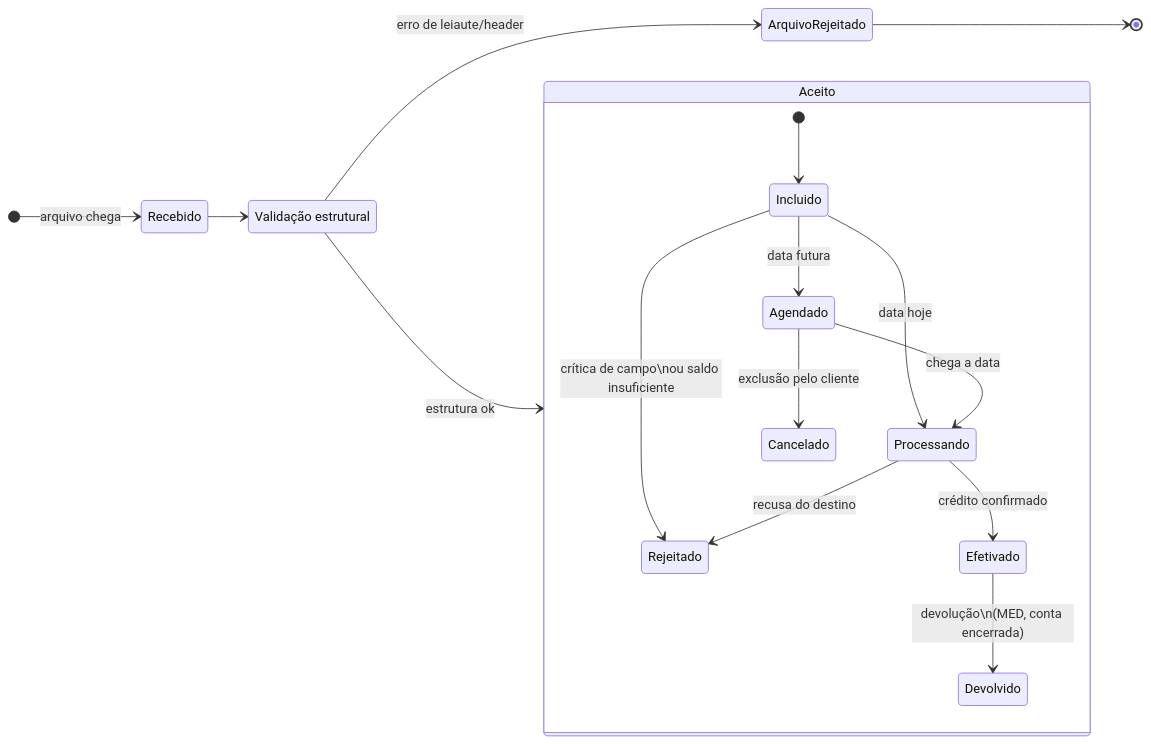
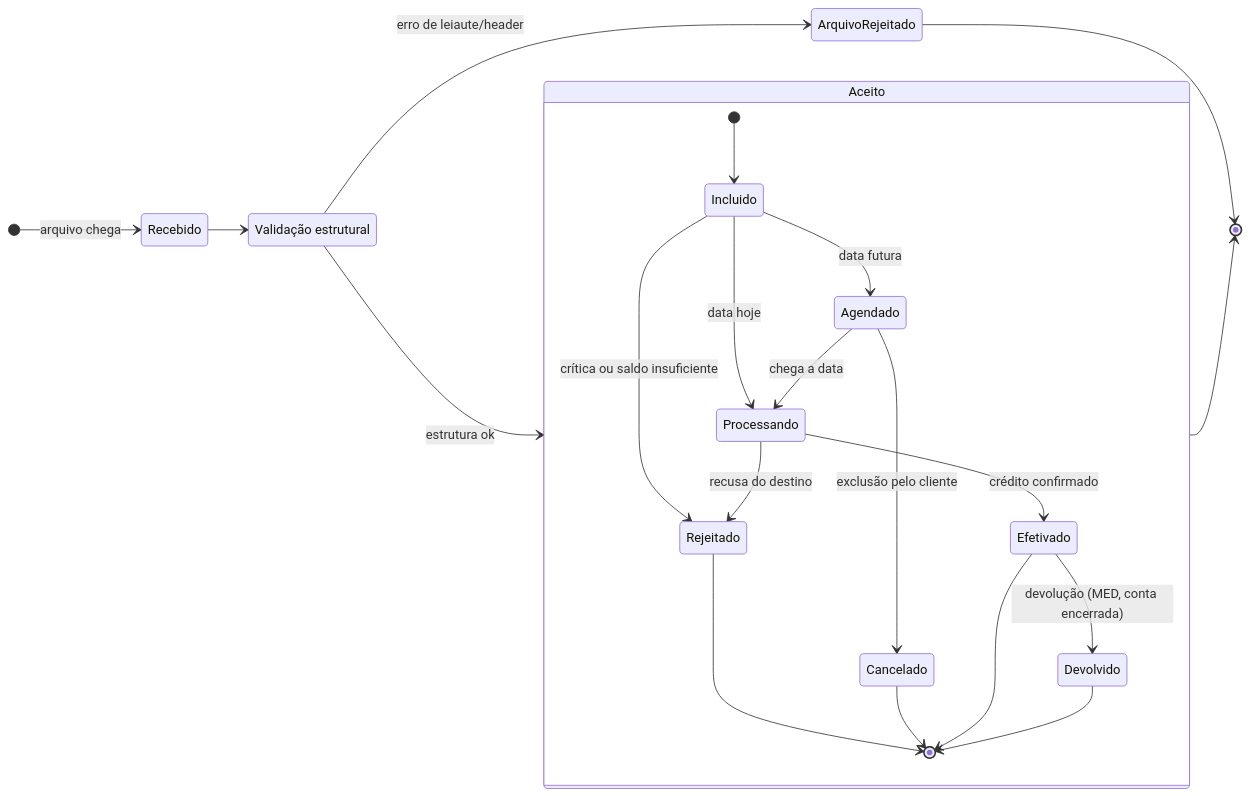
Diagram 11 of 23 in apostila-sistema-financeiro-brasileiro-dev.md (danielbfr3/sobre_aws), drawn with Mermaid before and after one commit. The commit also changed other lines of this file, not shown here.

````diff
--- a/apostila-sistema-financeiro-brasileiro-dev.md
+++ b/apostila-sistema-financeiro-brasileiro-dev.md
@@ -1291,24 +1945,30 @@
 ```mermaid
 stateDiagram-v2
     direction LR
     [*] --> Recebido: arquivo chega
 
     state "Validação estrutural" as VAL
     Recebido --> VAL
     VAL --> ArquivoRejeitado: erro de leiaute/header
     VAL --> Aceito: estrutura ok
 
     state Aceito {
         [*] --> Incluido
-        Incluido --> Rejeitado: crítica de campo\nou saldo insuficiente
+        Incluido --> Rejeitado: crítica ou saldo insuficiente
         Incluido --> Agendado: data futura
         Incluido --> Processando: data hoje
         Agendado --> Processando: chega a data
         Agendado --> Cancelado: exclusão pelo cliente
         Processando --> Efetivado: crédito confirmado
         Processando --> Rejeitado: recusa do destino
-        Efetivado --> Devolvido: devolução\n(MED, conta encerrada)
+        Efetivado --> Devolvido: devolução (MED, conta encerrada)
+
+        Rejeitado --> [*]
+        Cancelado --> [*]
+        Efetivado --> [*]
+        Devolvido --> [*]
     }
 
     ArquivoRejeitado --> [*]
+    Aceito --> [*]
 ```
````
